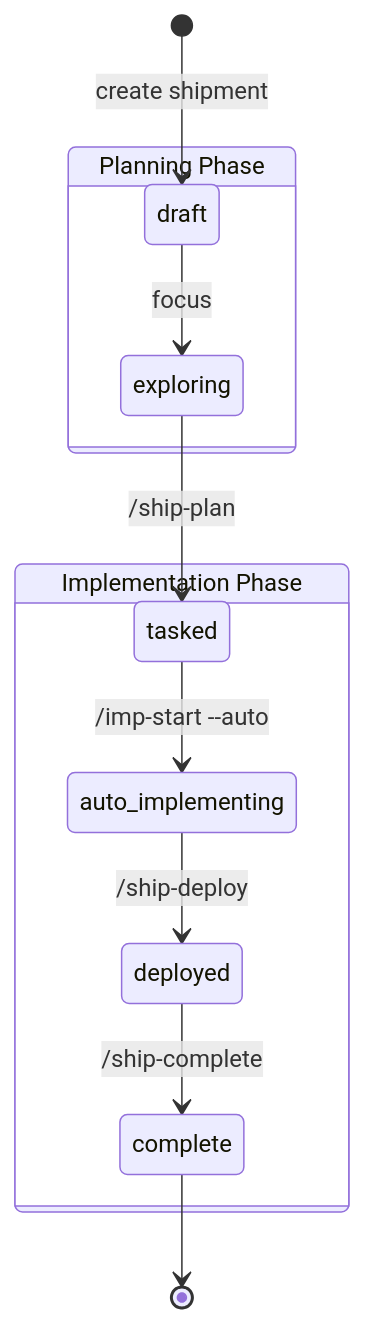
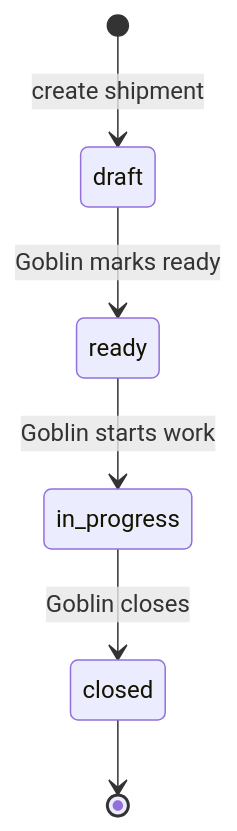
One commit to looneym/orc changed the first of 2 diagrams in docs/shipment-lifecycle.md. Above: the diagram before and after it, drawn with Mermaid. The commit also changed other lines of this file and 101 other files, not shown here.

````diff
--- a/docs/shipment-lifecycle.md
+++ b/docs/shipment-lifecycle.md
@@ -12,17 +14,8 @@
 ```mermaid
 stateDiagram-v2
     [*] --> draft: create shipment
-
-    state "Planning Phase" as planning {
-        draft --> exploring: focus
-        exploring --> tasked: /ship-plan
-    }
-
-    state "Implementation Phase" as implementation {
-        tasked --> auto_implementing: /imp-start --auto
-        auto_implementing --> deployed: /ship-deploy
-        deployed --> complete: /ship-complete
-    }
-
-    complete --> [*]
+    draft --> ready: Goblin marks ready
+    ready --> in_progress: Goblin starts work
+    in_progress --> closed: Goblin closes
+    closed --> [*]
 ```
````
